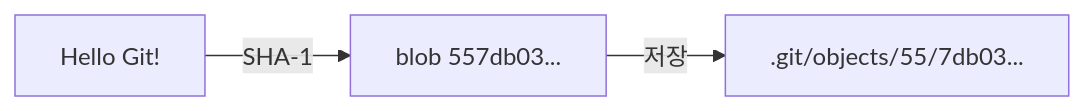
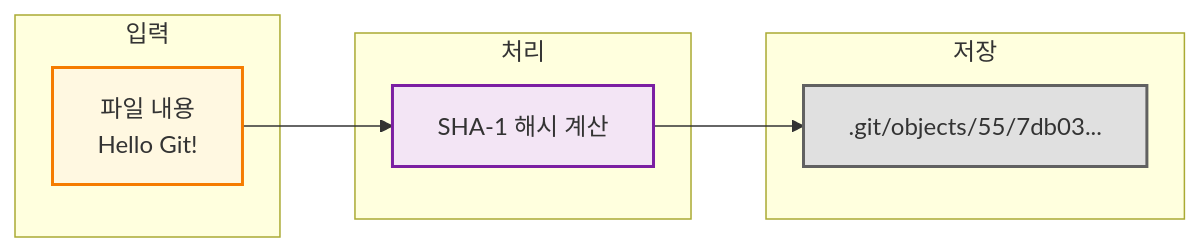
Before and after one commit to hiddenpunch/hiddenpunch.github.io: the second of 8 diagrams in content/posts/git-internals-01-object-storage.md, drawn with Mermaid. The commit also changed other lines of this file, not shown here.

Commit message:
Improve diagrams with explanations and styling

```diff
--- a/content/posts/git-internals-01-object-storage.md
+++ b/content/posts/git-internals-01-object-storage.md
@@ -60,5 +86,20 @@
 <div class="mermaid">
 flowchart LR
-    A[Hello Git!] -->|SHA-1| B[blob 557db03...]
-    B -->|저장| C[.git/objects/55/7db03...]
+    subgraph input[입력]
+        A[파일 내용<br/>Hello Git!]
+    end
+    
+    subgraph process[처리]
+        B[SHA-1 해시 계산]
+    end
+    
+    subgraph output[저장]
+        C[.git/objects/55/7db03...]
+    end
+    
+    A --> B --> C
+    
+    style A fill:#fff8e1,stroke:#f57c00,stroke-width:2px
+    style B fill:#f3e5f5,stroke:#7b1fa2,stroke-width:2px
+    style C fill:#e0e0e0,stroke:#616161,stroke-width:2px
 </div>
```
